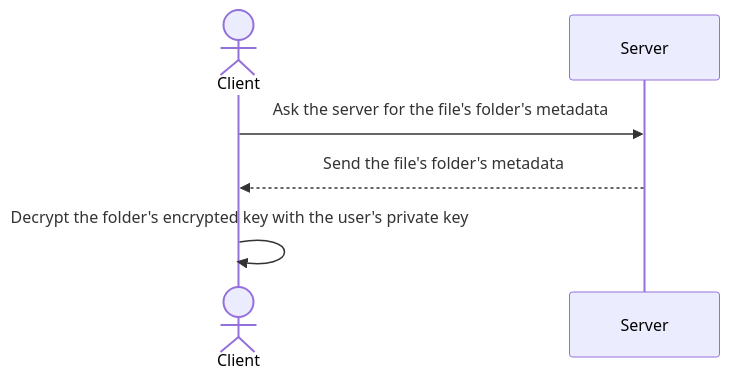
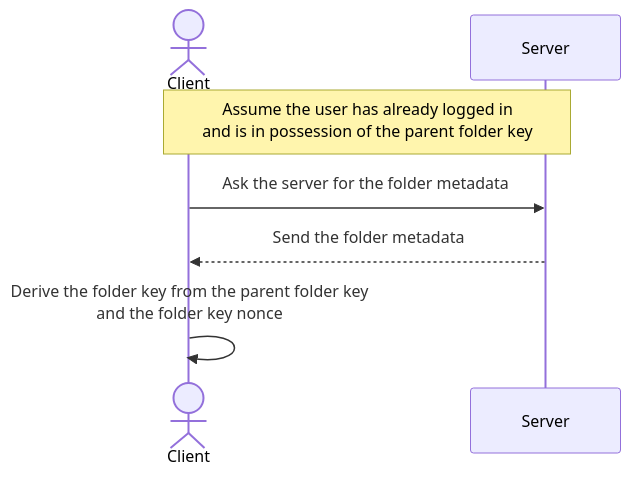
Before and after one commit to DACC4/effective-octo-system: the diagram in doc/project_mermaid/access_folder.mmd, drawn with Mermaid. The commit also changed 27 other files, not shown here.

```diff
--- a/doc/project_mermaid/access_folder.mmd
+++ b/doc/project_mermaid/access_folder.mmd
@@ -1,8 +1,10 @@
 sequenceDiagram
     actor C as Client
     participant S as Server
 
-    C->>S: Ask the server for the file's folder's metadata
-    S-->>C: Send the file's folder's metadata
+    note over C,S: Assume the user has already logged in <br> and is in possession of the parent folder key
 
-    C->>C: Decrypt the folder's encrypted key with the user's private key
+    C->>S: Ask the server for the folder metadata
+    S-->>C: Send the folder metadata
+
+    C->>C: Derive the folder key from the parent folder key <br> and the folder key nonce
```
